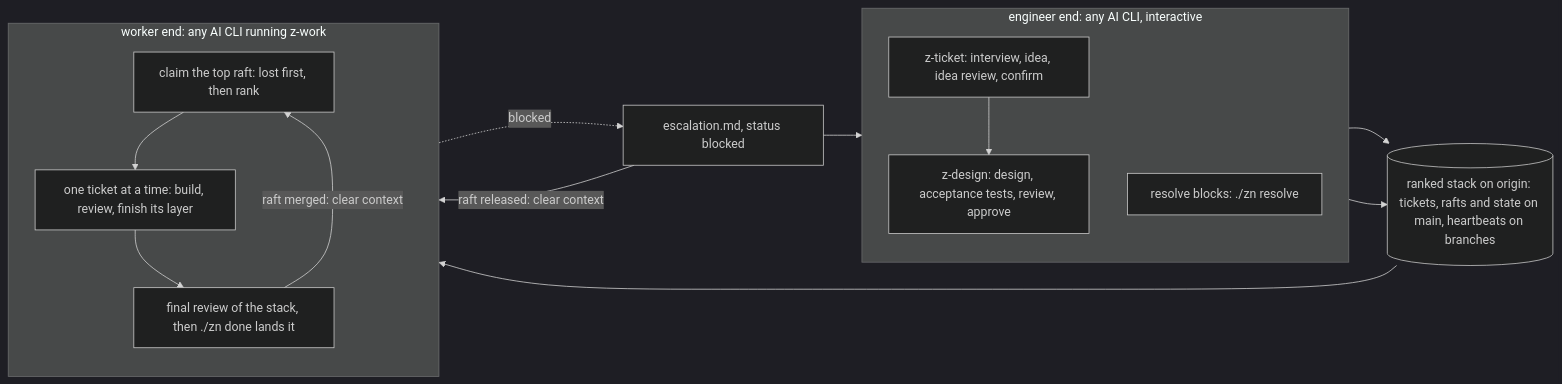
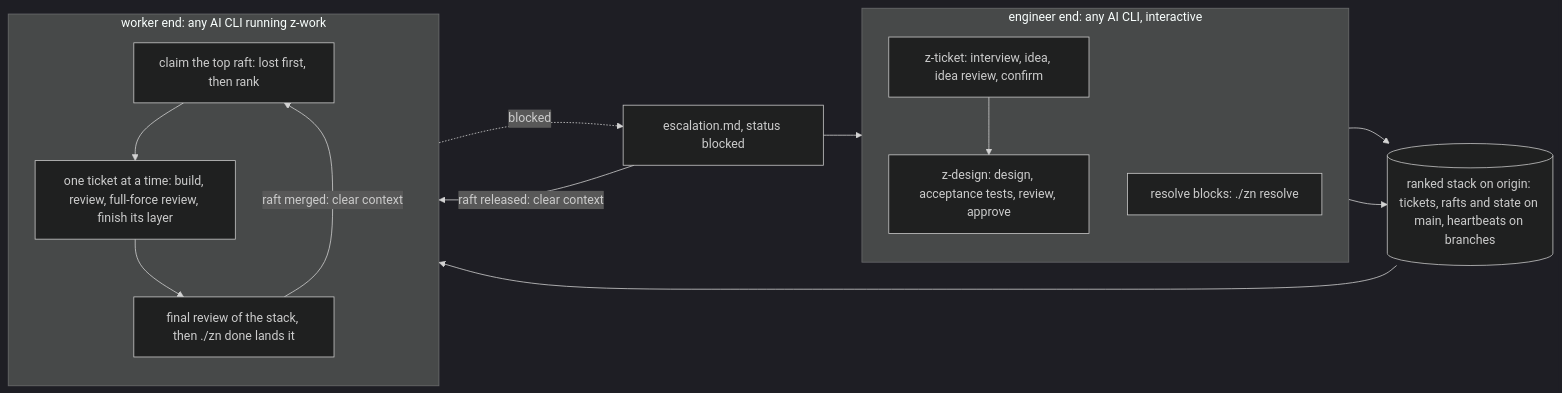
One commit to philipbergen/z-nile changed the second of 3 diagrams in z-nile/.tracker/issues/c0264/experiments/README.draft.md. Above: the diagram before and after it, drawn with Mermaid (dark theme). The commit also changed other lines of this file and 5 other files, not shown here.

````diff
--- a/z-nile/.tracker/issues/c0264/experiments/README.draft.md
+++ b/z-nile/.tracker/issues/c0264/experiments/README.draft.md
@@ -36,26 +36,26 @@
 ```mermaid
 flowchart LR
   subgraph eng["engineer end: any AI CLI, interactive"]
     direction TB
     cap["z-ticket: interview, idea, idea review, confirm"]
     des["z-design: design, acceptance tests, review, approve"]
     res["resolve blocks: ./zn resolve"]
     cap --> des
   end
   stack[("ranked stack on origin: tickets, rafts and state on main, heartbeats on branches")]
   subgraph wrk["worker end: any AI CLI running z-work"]
     direction TB
     loop["claim the top raft: lost first, then rank"]
-    layer["one ticket at a time: build, review, finish its layer"]
+    layer["one ticket at a time: build, review, full-force review, finish its layer"]
     final["final review of the stack, then ./zn done lands it"]
     loop --> layer
     layer --> final
   end
   eng --> stack
   stack --> loop
   final -->|"raft merged: clear context"| loop
   layer -. blocked .-> esc["escalation.md, status blocked"]
   esc -->|"raft released: clear context"| loop
   esc --> res
   res --> stack
 ```
````
